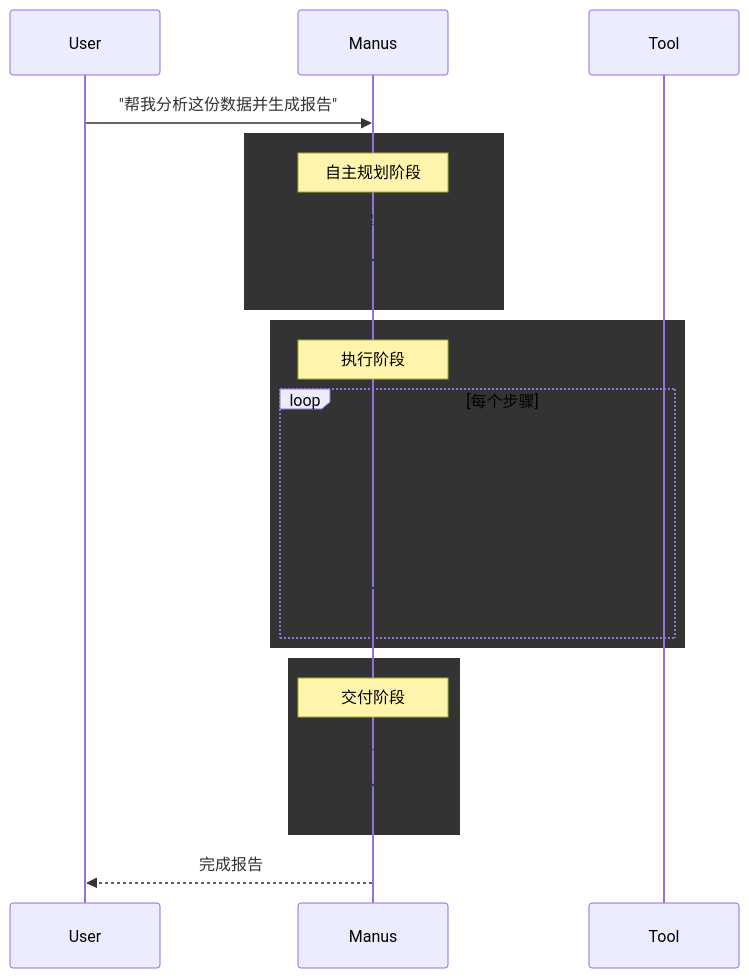
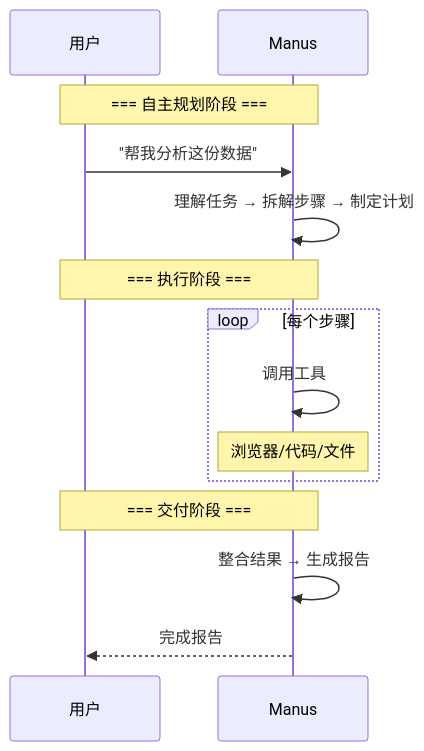
Before and after one commit to FreezeSoul/freezesoul.github.com: the sixth of 11 diagrams in _posts/2026-03-01-openclaw-agent-gateway.md, drawn with Mermaid.

Commit message:
fix: 修复Manus工作图用Note标注阶段

````diff
--- a/_posts/2026-03-01-openclaw-agent-gateway.md
+++ b/_posts/2026-03-01-openclaw-agent-gateway.md
@@ -303,25 +303,19 @@
 ```mermaid
 sequenceDiagram
-    User->>Manus: "帮我分析这份数据并生成报告"
+    participant User as 用户
+    participant Manus as Manus
     
-    rect fill:#555,bgColor:#555
-        Note over Manus: 自主规划阶段
-        Manus->>Manus: 理解任务 → 拆解步骤 → 制定计划
+    Note over User,Manus: === 自主规划阶段 ===
+    User->>Manus: "帮我分析这份数据"
+    Manus->>Manus: 理解任务 → 拆解步骤 → 制定计划
+    
+    Note over User,Manus: === 执行阶段 ===
+    loop 每个步骤
+        Manus->>Manus: 调用工具
+        Note over Manus: 浏览器/代码/文件
     end
     
-    rect fill:#666,bgColor:#666
-        Note over Manus: 执行阶段
-        loop 每个步骤
-            Manus->>Tool: 调用工具（浏览器/代码/文件）
-            Tool-->>Manus: 返回结果
-            Manus->>Manus: 验证结果 → 调整下一步
-        end
-    end
-    
-    rect fill:#777,bgColor:#777
-        Note over Manus: 交付阶段
-        Manus->>Manus: 整合结果 → 生成报告
-    end
-    
+    Note over User,Manus: === 交付阶段 ===
+    Manus->>Manus: 整合结果 → 生成报告
     Manus-->>User: 完成报告
 ```
````
